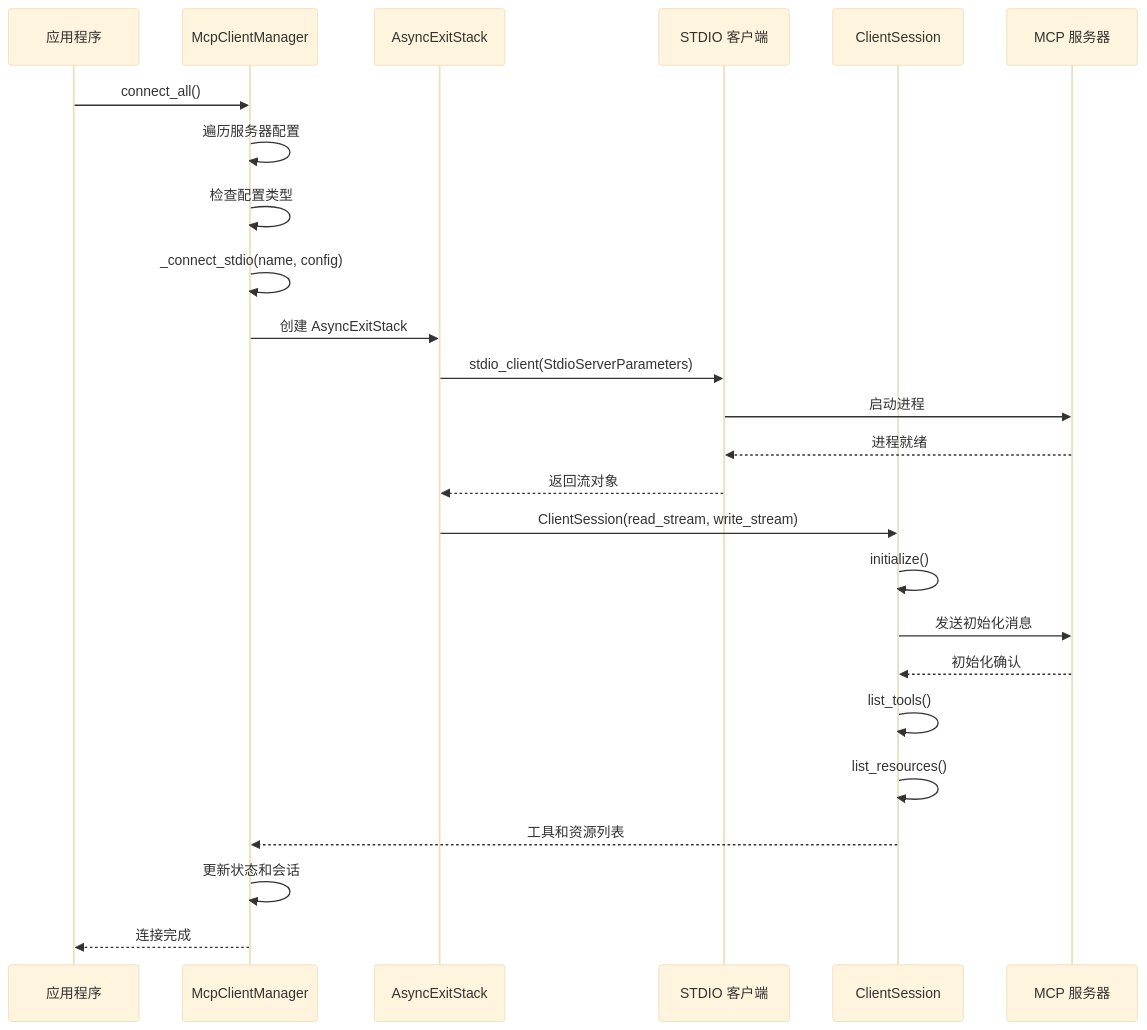
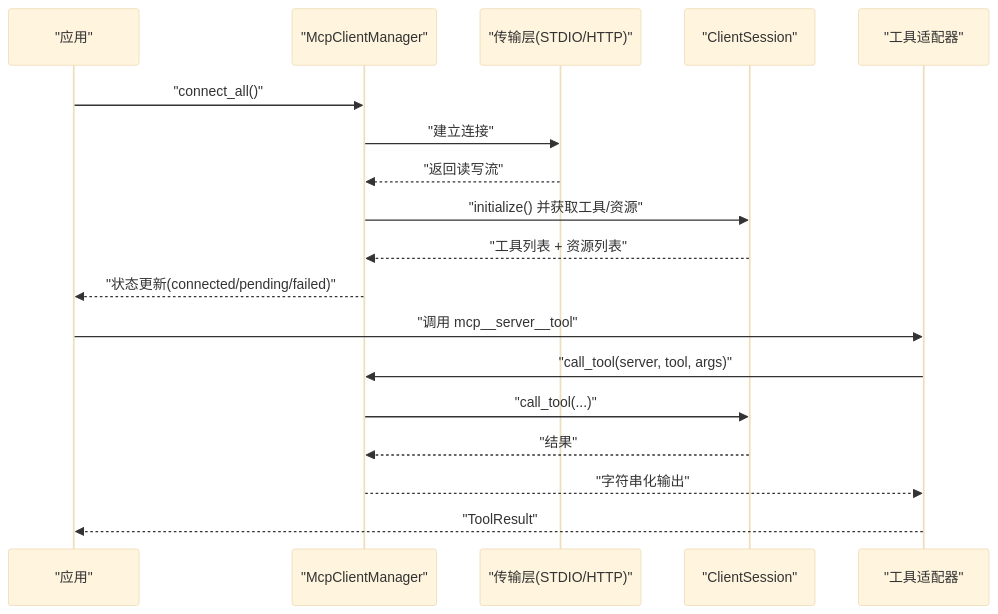
Before and after one commit to haolange/OpenHarness: the second of 7 diagrams in .qoder/repowiki/zh/content/MCP 协议支持/MCP 客户端实现.md, drawn with Mermaid (base theme). The commit also changed other lines of this file and 222 other files, not shown here.

````diff
--- a/.qoder/repowiki/zh/content/MCP 协议支持/MCP 客户端实现.md
+++ b/.qoder/repowiki/zh/content/MCP 协议支持/MCP 客户端实现.md
@@ -184,27 +105,20 @@
 ```mermaid
 sequenceDiagram
-participant App as 应用程序
-participant Manager as McpClientManager
-participant Stack as AsyncExitStack
-participant Stdio as STDIO 客户端
-participant Session as ClientSession
-participant Server as MCP 服务器
-App->>Manager : connect_all()
-Manager->>Manager : 遍历服务器配置
-Manager->>Manager : 检查配置类型
-Manager->>Manager : _connect_stdio(name, config)
-Manager->>Stack : 创建 AsyncExitStack
-Stack->>Stdio : stdio_client(StdioServerParameters)
-Stdio->>Server : 启动进程
-Server-->>Stdio : 进程就绪
-Stdio-->>Stack : 返回流对象
-Stack->>Session : ClientSession(read_stream, write_stream)
-Session->>Session : initialize()
-Session->>Server : 发送初始化消息
-Server-->>Session : 初始化确认
-Session->>Session : list_tools()
-Session->>Session : list_resources()
-Session-->>Manager : 工具和资源列表
-Manager->>Manager : 更新状态和会话
-Manager-->>App : 连接完成
+participant App as "应用"
+participant Manager as "McpClientManager"
+participant Transport as "传输层(STDIO/HTTP)"
+participant Session as "ClientSession"
+participant Tools as "工具适配器"
+App->>Manager : "connect_all()"
+Manager->>Transport : "建立连接"
+Transport-->>Manager : "返回读写流"
+Manager->>Session : "initialize() 并获取工具/资源"
+Session-->>Manager : "工具列表 + 资源列表"
+Manager-->>App : "状态更新(connected/pending/failed)"
+App->>Tools : "调用 mcp__server__tool"
+Tools->>Manager : "call_tool(server, tool, args)"
+Manager->>Session : "call_tool(...)"
+Session-->>Manager : "结果"
+Manager-->>Tools : "字符串化输出"
+Tools-->>App : "ToolResult"
 ```
````
